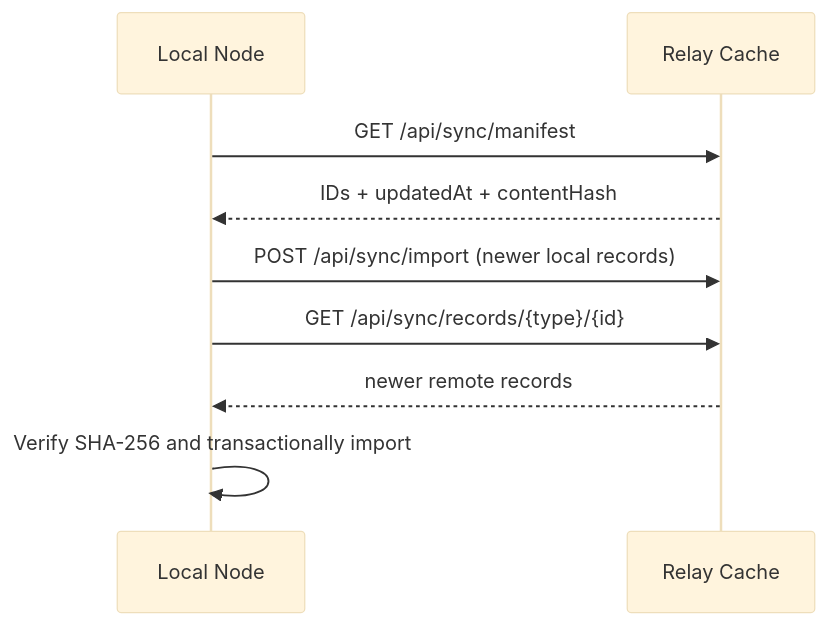
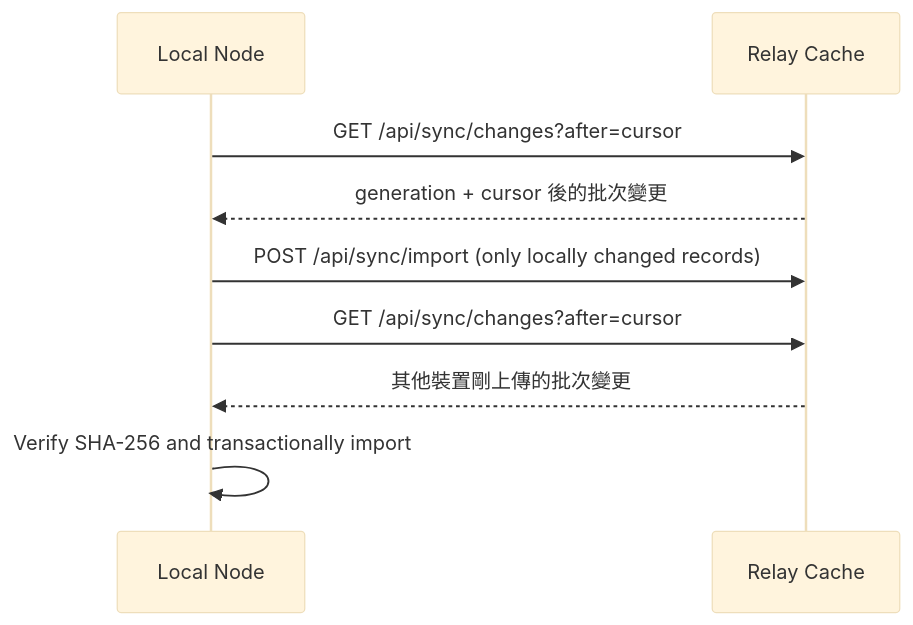
One commit to NCKURunspace2026/tasa-main-program changed the diagram in backend/docs/local-first-sync.md. Above: the diagram before and after it, drawn with Mermaid (base theme). The commit also changed other lines of this file and 63 other files, not shown here.

````diff
--- a/backend/docs/local-first-sync.md
+++ b/backend/docs/local-first-sync.md
@@ -19,11 +18,11 @@
 ```mermaid
 sequenceDiagram
     participant L as Local Node
     participant R as Relay Cache
-    L->>R: GET /api/sync/manifest
-    R-->>L: IDs + updatedAt + contentHash
-    L->>R: POST /api/sync/import (newer local records)
-    L->>R: GET /api/sync/records/{type}/{id}
-    R-->>L: newer remote records
+    L->>R: GET /api/sync/changes?after=cursor
+    R-->>L: generation + cursor 後的批次變更
+    L->>R: POST /api/sync/import (only locally changed records)
+    L->>R: GET /api/sync/changes?after=cursor
+    R-->>L: 其他裝置剛上傳的批次變更
     L->>L: Verify SHA-256 and transactionally import
 ```
````
